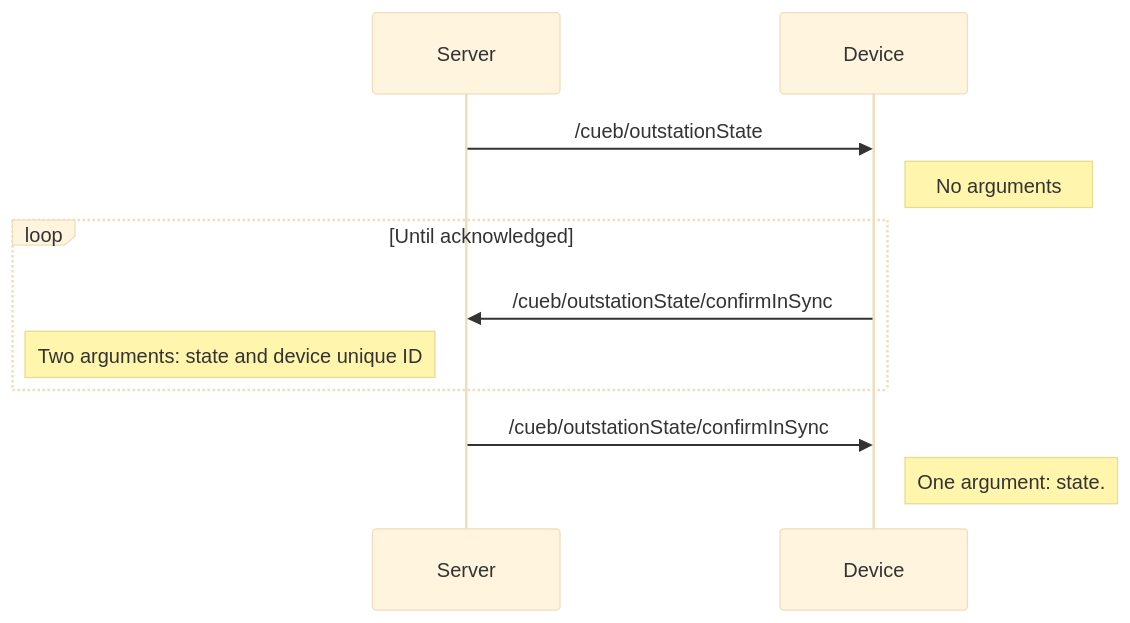
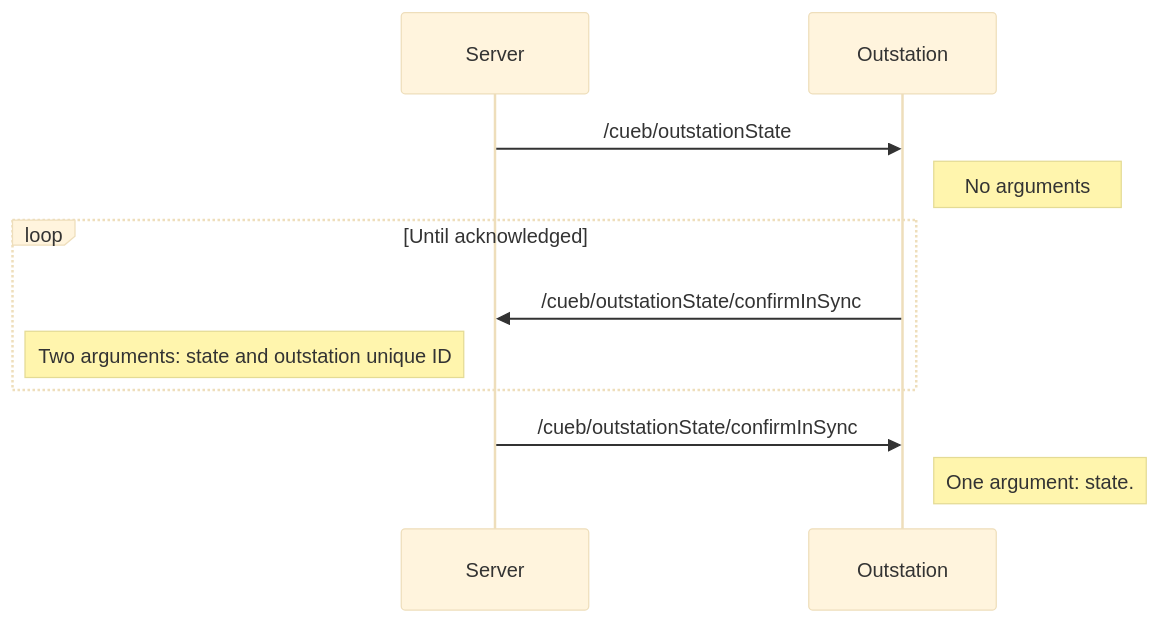
The fourth of 4 diagrams in Readme.md (bstudios/CueB), drawn with Mermaid (base theme) before and after one commit. The commit also changed other lines of this file, not shown here.

Commit message:
Clarify outstation name

````diff
--- a/Readme.md
+++ b/Readme.md
@@ -85,13 +85,13 @@
 ```mermaid
 sequenceDiagram
   participant Server
-  participant Device
-  Server->>Device: /cueb/outstationState
-  Note right of Device: No arguments
+  participant Outstation
+  Server->>Outstation: /cueb/outstationState
+  Note right of Outstation: No arguments
   loop Until acknowledged
-    Device->>Server: /cueb/outstationState/confirmInSync
-    Note left of Server: Two arguments: state and device unique ID
+    Outstation->>Server: /cueb/outstationState/confirmInSync
+    Note left of Server: Two arguments: state and outstation unique ID
   end
-  Server->>Device: /cueb/outstationState/confirmInSync
-  Note right of Device: One argument: state.
+  Server->>Outstation: /cueb/outstationState/confirmInSync
+  Note right of Outstation: One argument: state.
 ```
````
